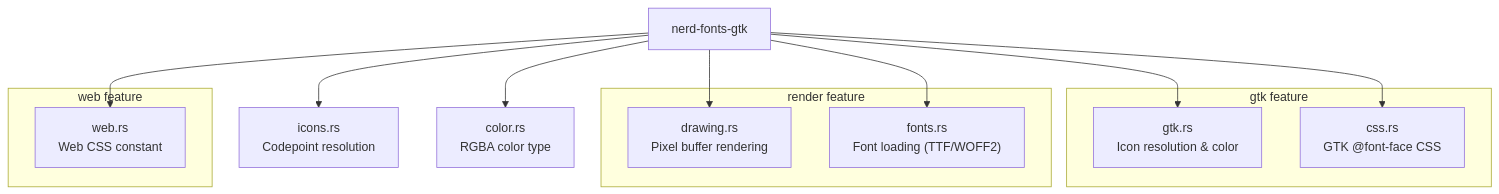
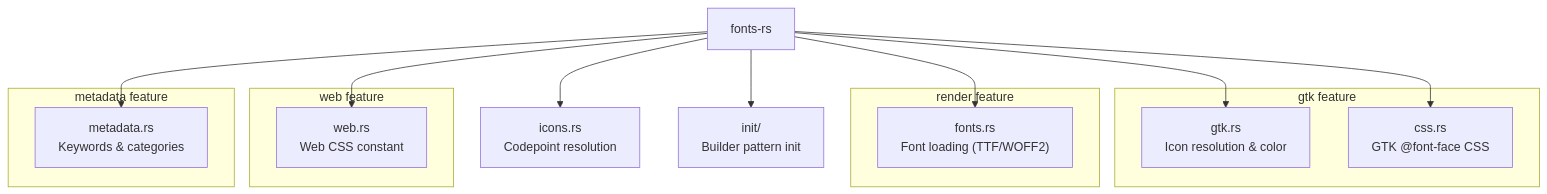
One commit to smearor/fonts-rs changed the diagram in book/src/introduction.md. Above: the diagram before and after it, drawn with Mermaid. The commit also changed other lines of this file and 20 other files, not shown here.

````diff
--- a/book/src/introduction.md
+++ b/book/src/introduction.md
@@ -28,29 +28,32 @@
 ```mermaid
 graph TD
-    Lib["nerd-fonts-gtk"]
+    Lib["fonts-rs"]
 
     subgraph "gtk feature"
         GTK["gtk.rs<br/>Icon resolution & color"]
         CSS["css.rs<br/>GTK @font-face CSS"]
     end
 
     subgraph "render feature"
-        Drawing["drawing.rs<br/>Pixel buffer rendering"]
         Fonts["fonts.rs<br/>Font loading (TTF/WOFF2)"]
     end
 
     subgraph "web feature"
         Web["web.rs<br/>Web CSS constant"]
     end
 
+    subgraph "metadata feature"
+        Metadata["metadata.rs<br/>Keywords & categories"]
+    end
+
     Icons["icons.rs<br/>Codepoint resolution"]
-    Color["color.rs<br/>RGBA color type"]
+    Init["init/<br/>Builder pattern init"]
 
     Lib --> Icons
-    Lib --> Color
+    Lib --> Init
     Lib --> GTK
     Lib --> CSS
-    Lib --> Drawing
     Lib --> Fonts
     Lib --> Web
+    Lib --> Metadata
 ```
````
